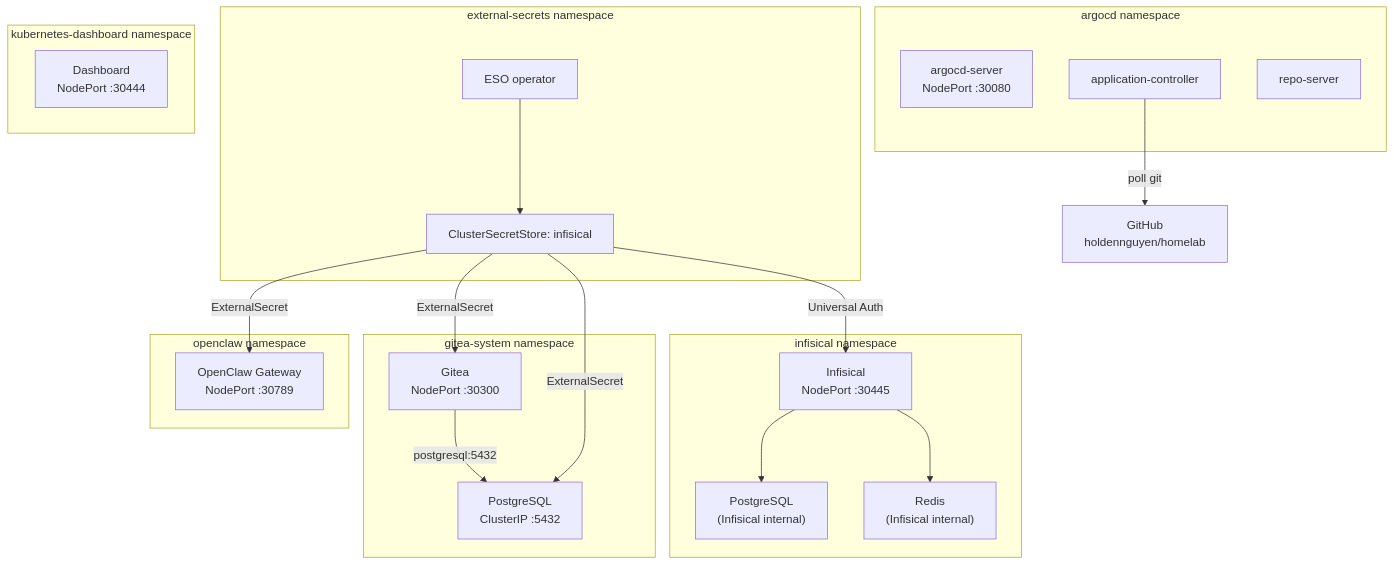
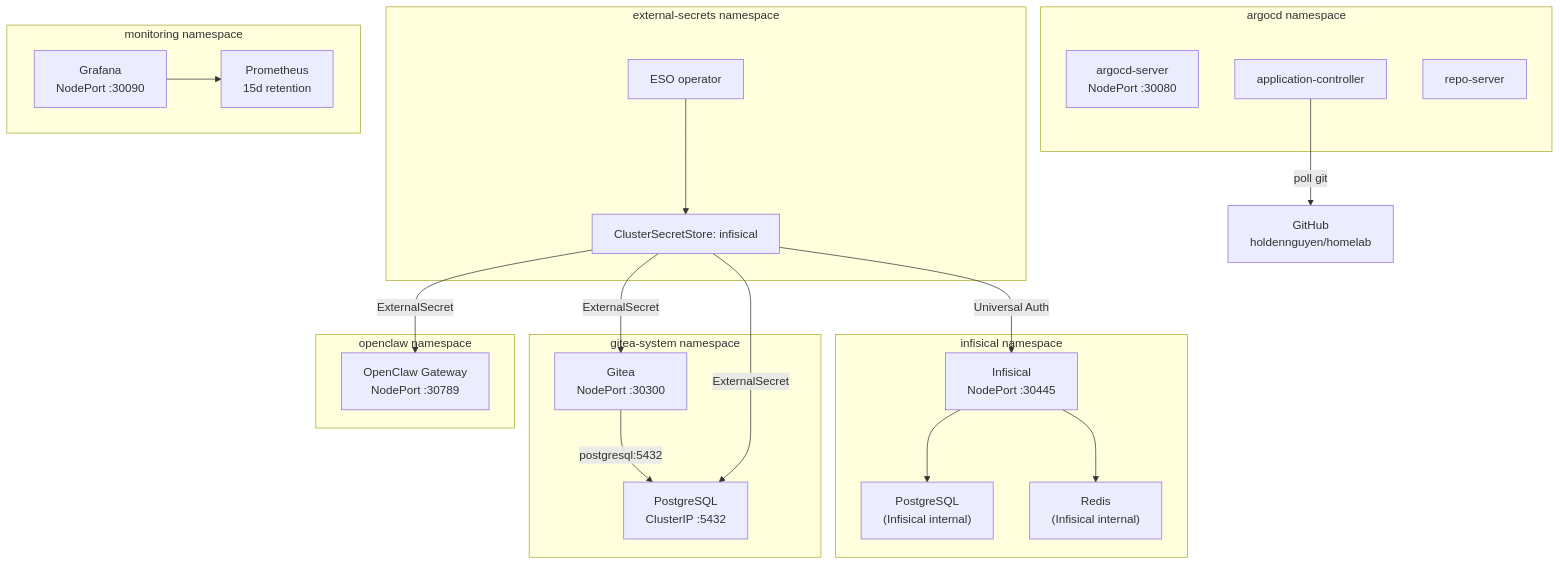
The fourth of 4 diagrams in docs/architecture.md (haingth77/homelab), drawn with Mermaid before and after one commit. The commit also changed other lines of this file and 6 other files, not shown here.

First line of the commit message:
docs: update all references from kubernetes-dashboard to monitoring

````diff
--- a/docs/architecture.md
+++ b/docs/architecture.md
@@ -168,42 +168,44 @@
 ```mermaid
 flowchart TD
     subgraph infisicalNs["infisical namespace"]
         InfisicalPod["Infisical\nNodePort :30445"]
         InfisicalPG["PostgreSQL\n(Infisical internal)"]
         InfisicalRedis["Redis\n(Infisical internal)"]
         InfisicalPod --> InfisicalPG
         InfisicalPod --> InfisicalRedis
     end
 
     subgraph esoNs["external-secrets namespace"]
         ESOPod["ESO operator"]
         CSS["ClusterSecretStore: infisical"]
     end
 
     subgraph argocdNs["argocd namespace"]
         ArgoServer["argocd-server\nNodePort :30080"]
         ArgoController["application-controller"]
         ArgoRepo["repo-server"]
     end
 
     subgraph giteaNs["gitea-system namespace"]
         GiteaPod["Gitea\nNodePort :30300"]
         PGPod["PostgreSQL\nClusterIP :5432"]
         GiteaPod -- "postgresql:5432" --> PGPod
     end
 
-    subgraph dashNs["kubernetes-dashboard namespace"]
-        DashPod["Dashboard\nNodePort :30444"]
+    subgraph monNs["monitoring namespace"]
+        GrafanaPod["Grafana\nNodePort :30090"]
+        PromPod["Prometheus\n15d retention"]
+        GrafanaPod --> PromPod
     end
 
     subgraph openclawNs["openclaw namespace"]
         OpenClawPod["OpenClaw Gateway\nNodePort :30789"]
     end
 
     ESOPod --> CSS
     CSS -- "Universal Auth" --> InfisicalPod
     CSS -- "ExternalSecret" --> GiteaPod
     CSS -- "ExternalSecret" --> PGPod
     CSS -- "ExternalSecret" --> OpenClawPod
     ArgoController -- "poll git" --> GitHub["GitHub\nholdennguyen/homelab"]
 ```
````
